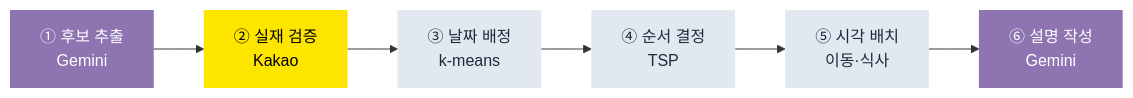
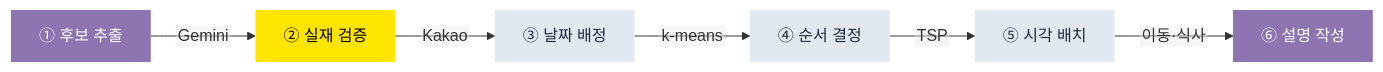
One commit to jjssspark/TripMate changed the diagram in README.md. Above: the diagram before and after it, drawn with Mermaid.

Commit message:
docs: README 도식의 노드 라벨을 한 줄로 줄여 잘림을 막는다
mermaid가 한글 폭을 실제보다 좁게 잡아 두 줄짜리 라벨이 계속 잘렸다.
도구 이름을 화살표 라벨로 옮기고 노드는 한 줄만 남긴다.

````diff
--- a/README.md
+++ b/README.md
@@ -49,15 +49,16 @@
 ```mermaid
+%%{init: {"flowchart": {"htmlLabels": false, "nodeSpacing": 40, "padding": 14}}}%%
 flowchart LR
-    A["① 후보 추출<br/>Gemini"] --> B["② 실재 검증<br/>Kakao"]
-    B --> C["③ 날짜 배정<br/>k-means"]
-    C --> D["④ 순서 결정<br/>TSP"]
-    D --> E["⑤ 시각 배치<br/>이동·식사"]
-    E --> F["⑥ 설명 작성<br/>Gemini"]
+    A["① 후보 추출"] -->|Gemini| B["② 실재 검증"]
+    B -->|Kakao| C["③ 날짜 배정"]
+    C -->|k-means| D["④ 순서 결정"]
+    D -->|TSP| E["⑤ 시각 배치"]
+    E -->|이동·식사| F["⑥ 설명 작성"]
 
     style A fill:#8e75b2,color:#fff,stroke:none
     style F fill:#8e75b2,color:#fff,stroke:none
     style B fill:#fee500,color:#000,stroke:none
     style C fill:#e2e8f0,color:#1e293b,stroke:none
     style D fill:#e2e8f0,color:#1e293b,stroke:none
     style E fill:#e2e8f0,color:#1e293b,stroke:none
 ```
````
